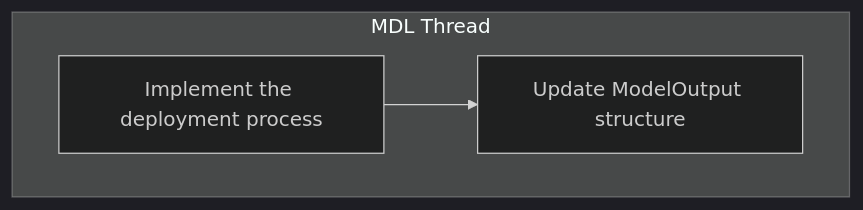
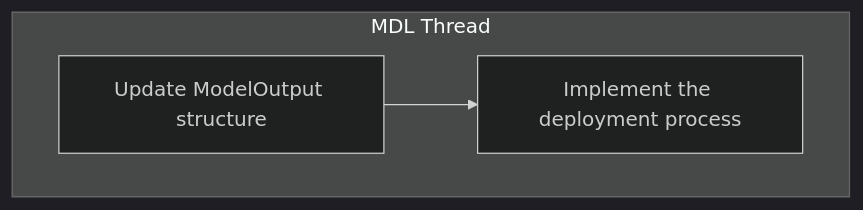
The fourth of 6 diagrams in docs/ImplementationCheckList.md (neuralmidifx/neuralmidifx.github.io), drawn with Mermaid (dark theme) before and after one commit. The commit also changed other lines of this file and 1 other file, not shown here.

Commit message:
Deployment Threads description

````diff
--- a/docs/ImplementationCheckList.md
+++ b/docs/ImplementationCheckList.md
@@ -74,9 +74,9 @@
 ```mermaid
 graph TD
 
 
     %% MDL Thread
     subgraph MDLThread["MDL Thread"]
-        D1[Implement the deployment process] --> D2[Update ModelOutput structure]
+        D1[Update ModelOutput structure] --> D2[Implement the deployment process]
     end
 ```
````
